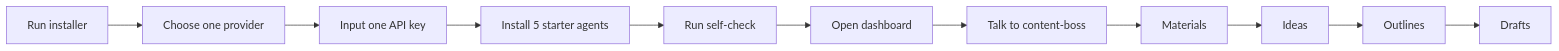
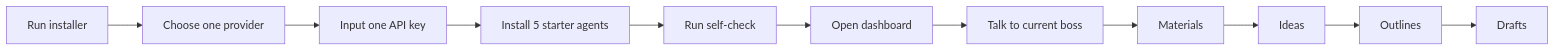
One commit to sdyckjq-lab/openclaw-content-os-starter changed the diagram in README.md. Above: the diagram before and after it, drawn with Mermaid. The commit also changed other lines of this file and 2 other files, not shown here.

Commit message:
docs: simplify auto-prefix install flow
Update the starter docs to show the zero-edit install path and explain that the default boss name now follows the generated starter prefix.

Ultraworked with [Sisyphus](https://github.com/code-yeongyu/oh-my-opencode)

````diff
--- a/README.md
+++ b/README.md
@@ -27,13 +27,13 @@
 ```mermaid
 flowchart LR
   A[Run installer] --> B[Choose one provider]
   B --> C[Input one API key]
   C --> D[Install 5 starter agents]
   D --> E[Run self-check]
   E --> F[Open dashboard]
-  F --> G[Talk to content-boss]
+  F --> G[Talk to current boss]
   G --> H[Materials]
   H --> I[Ideas]
   I --> J[Outlines]
   J --> K[Drafts]
 ```
````
